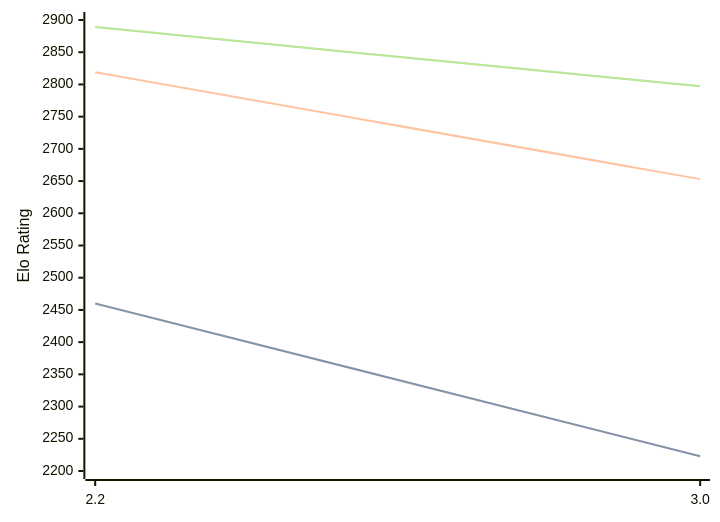
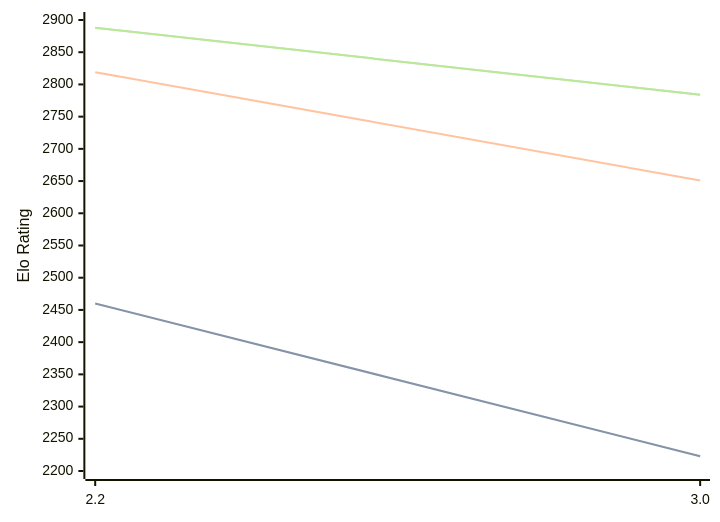
The first of 3 diagrams in engines/Thrawn.md (computer-chess-index/cci), drawn with Mermaid before and after one commit. The commit also changed other lines of this file, not shown here.

Commit message:
Update CCI Ratings (ELO VLTC) - 2026-06-27

````diff
--- a/engines/Thrawn.md
+++ b/engines/Thrawn.md
@@ -40,11 +40,11 @@
 ```mermaid
 %%{init: {"theme":"base","themeVariables":{"seriesColors:['#a3a3a3','#222221','#faa371']}}}%%
 xychart-beta
   x-axis ["2.2", "3.0"]
   y-axis "Elo Rating" 2200 --> 2900
   line "STC (8.0+0.08s)" [2460, 2223]
   line "STC (8.0+0.08s)" [2460, 2223]
-  line "LTC (60.0+0.60s)" [2819, 2653]
-  line "VLTC (2m24s+1.12s)" [2889, 2797]
-  line "VLTC (2m24s+1.12s)" [2889, 2797]
+  line "LTC (60.0+0.60s)" [2819, 2651]
+  line "VLTC (2m24s+1.12s)" [2888, 2784]
+  line "VLTC (2m24s+1.12s)" [2888, 2784]
 ```
````
